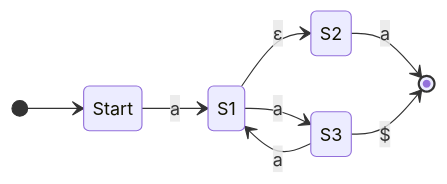
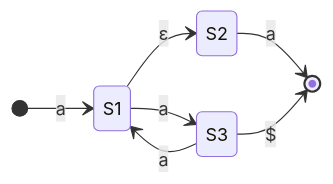
The second of 3 diagrams in _posts/2023-09-09-regular-language-and-automata.markdown (zinh/zinh.github.io), drawn with Mermaid before and after one commit. The commit also changed other lines of this file, not shown here.

````diff
--- a/_posts/2023-09-09-regular-language-and-automata.markdown
+++ b/_posts/2023-09-09-regular-language-and-automata.markdown
@@ -152,11 +170,10 @@
 ```mermaid
 stateDiagram-v2
   direction LR
-  [*] --> Start
-  Start --> S1: a
+  [*] --> S1: a
   S1 --> S2: ε
   S1 --> S3: a
   S3 --> S1: a
   S2 --> [*]: a
   S3 --> [*]: $
 ```
````
